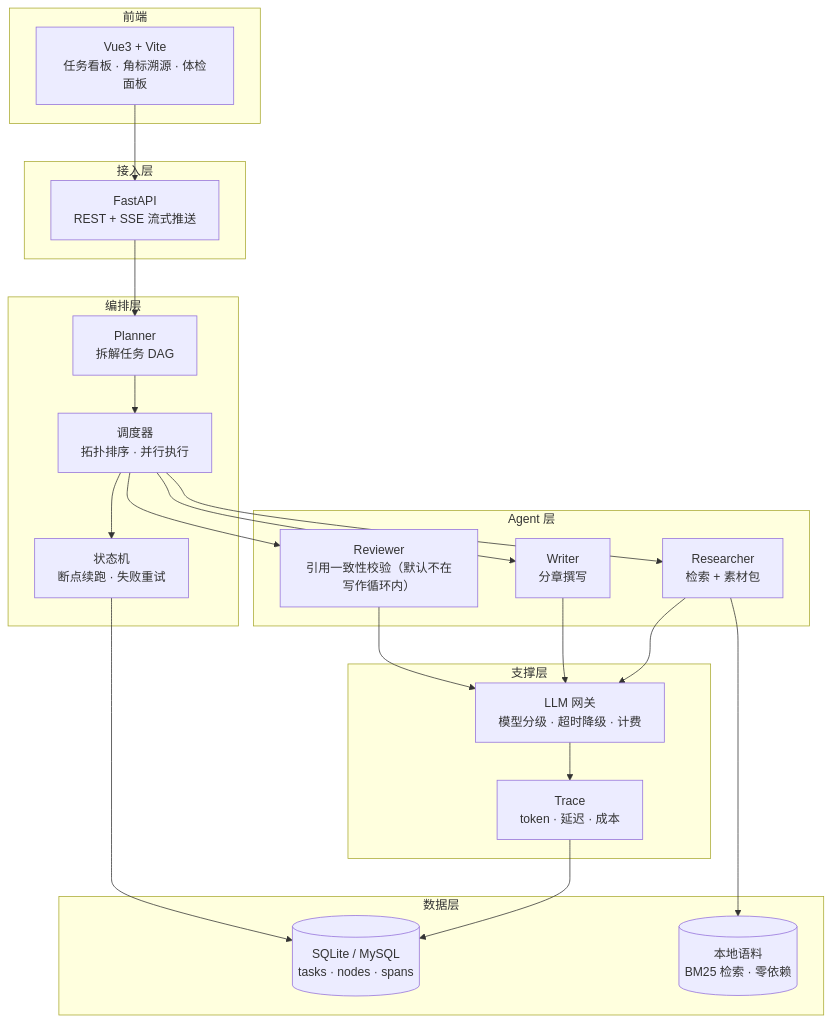
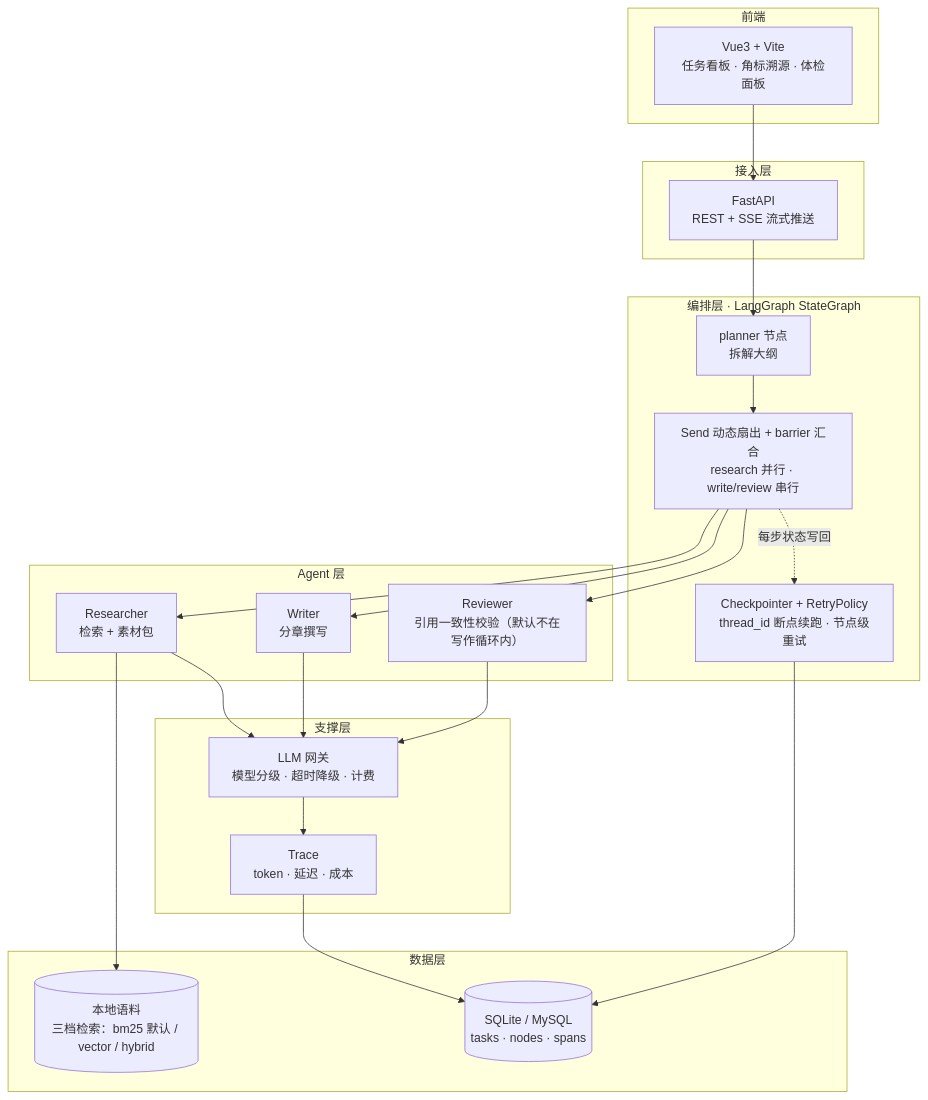
Before and after one commit to TheQing1/reportflow: the first of 2 diagrams in README.md, drawn with Mermaid. The commit also changed other lines of this file and 8 other files, not shown here.

First line of the commit message:
docs: 同步编排迁移与三档检索的文档、验收记录与界面截图

````diff
--- a/README.md
+++ b/README.md
@@ -153,47 +153,47 @@
 ```mermaid
 flowchart TB
     subgraph client["前端"]
         UI["Vue3 + Vite<br/>任务看板 · 角标溯源 · 体检面板"]
     end
 
     subgraph api["接入层"]
         FA["FastAPI<br/>REST + SSE 流式推送"]
     end
 
-    subgraph orch["编排层"]
-        PL["Planner<br/>拆解任务 DAG"]
-        SCH["调度器<br/>拓扑排序 · 并行执行"]
-        SM["状态机<br/>断点续跑 · 失败重试"]
+    subgraph orch["编排层 · LangGraph StateGraph"]
+        PL["planner 节点<br/>拆解大纲"]
+        SCH["Send 动态扇出 + barrier 汇合<br/>research 并行 · write/review 串行"]
+        SM["Checkpointer + RetryPolicy<br/>thread_id 断点续跑 · 节点级重试"]
     end
 
     subgraph agents["Agent 层"]
         RE["Researcher<br/>检索 + 素材包"]
         WR["Writer<br/>分章撰写"]
         RV["Reviewer<br/>引用一致性校验（默认不在写作循环内）"]
     end
 
     subgraph support["支撑层"]
         GW["LLM 网关<br/>模型分级 · 超时降级 · 计费"]
         TR["Trace<br/>token · 延迟 · 成本"]
     end
 
     subgraph data["数据层"]
         DB[("SQLite / MySQL<br/>tasks · nodes · spans")]
-        KB[("本地语料<br/>BM25 检索 · 零依赖")]
+        KB[("本地语料<br/>三档检索：bm25 默认 / vector / hybrid")]
     end
 
     UI --> FA
     FA --> PL
     PL --> SCH
-    SCH --> SM
     SCH --> RE
     SCH --> WR
     SCH --> RV
+    SCH -. 每步状态写回 .-> SM
     RE --> KB
     RE --> GW
     WR --> GW
     RV --> GW
     GW --> TR
     TR --> DB
     SM --> DB
 ```
````
